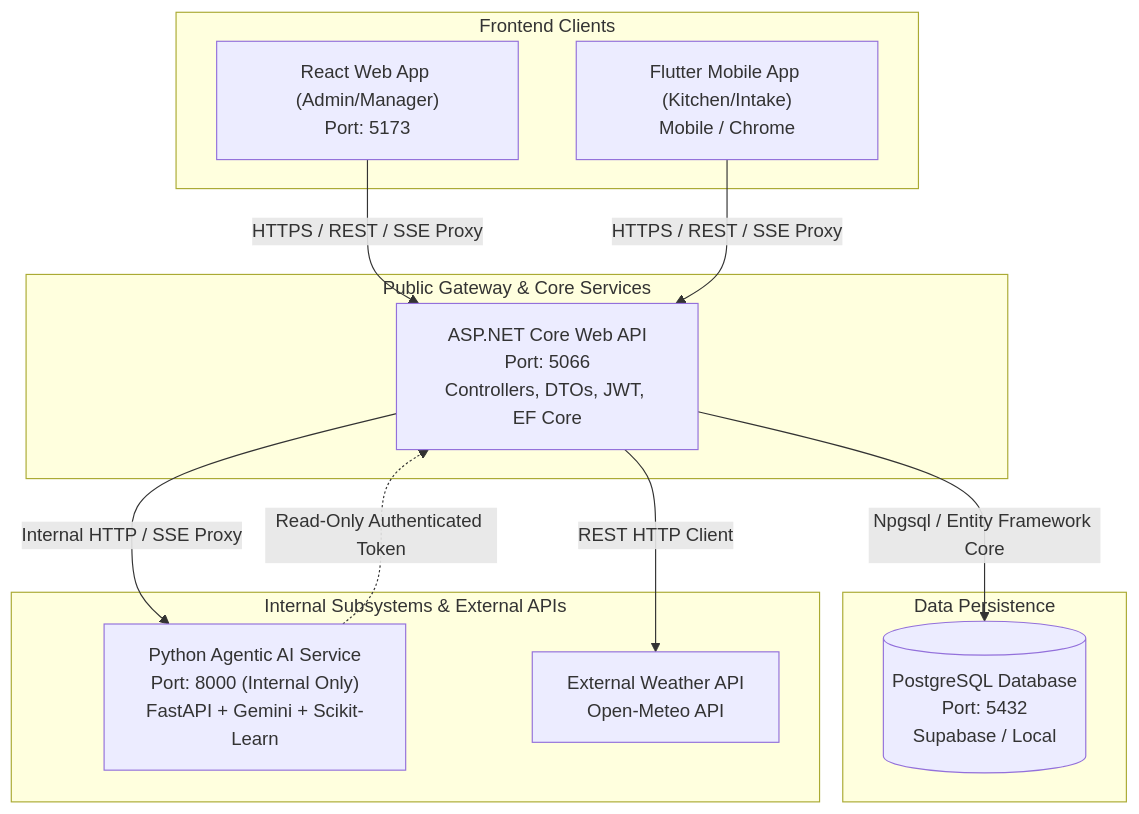
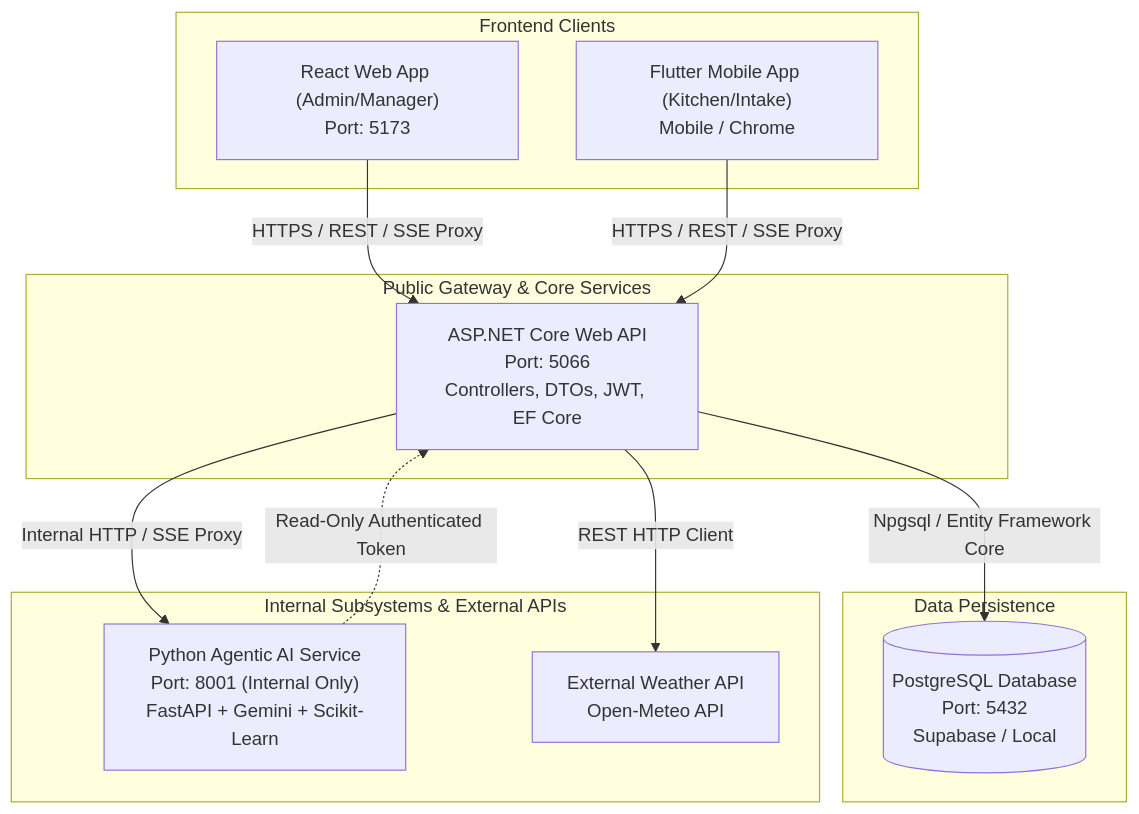
Before and after one commit to thamidu02/AI_Powered_Inventory_System: the first of 4 diagrams in README.md, drawn with Mermaid. The commit also changed other lines of this file and 10 other files, not shown here.

````diff
--- a/README.md
+++ b/README.md
@@ -32,27 +32,27 @@
 ```mermaid
 graph TD
     subgraph Clients["Frontend Clients"]
         WEB["React Web App (Admin/Manager)<br/>Port: 5173"]
         MOB["Flutter Mobile App (Kitchen/Intake)<br/>Mobile / Chrome"]
     end
 
     subgraph Gateway["Public Gateway & Core Services"]
         API["ASP.NET Core Web API<br/>Port: 5066<br/>Controllers, DTOs, JWT, EF Core"]
     end
 
     subgraph DataTier["Data Persistence"]
         DB[(PostgreSQL Database<br/>Port: 5432<br/>Supabase / Local)]
     end
 
     subgraph InternalServices["Internal Subsystems & External APIs"]
-        AI["Python Agentic AI Service<br/>Port: 8000 (Internal Only)<br/>FastAPI + Gemini + Scikit-Learn"]
+        AI["Python Agentic AI Service<br/>Port: 8001 (Internal Only)<br/>FastAPI + Gemini + Scikit-Learn"]
         WEATHER["External Weather API<br/>Open-Meteo API"]
     end
 
     WEB -->|HTTPS / REST / SSE Proxy| API
     MOB -->|HTTPS / REST / SSE Proxy| API
     API -->|Npgsql / Entity Framework Core| DB
     API -->|Internal HTTP / SSE Proxy| AI
     API -->|REST HTTP Client| WEATHER
     AI -.->|Read-Only Authenticated Token| API
 ```
````
